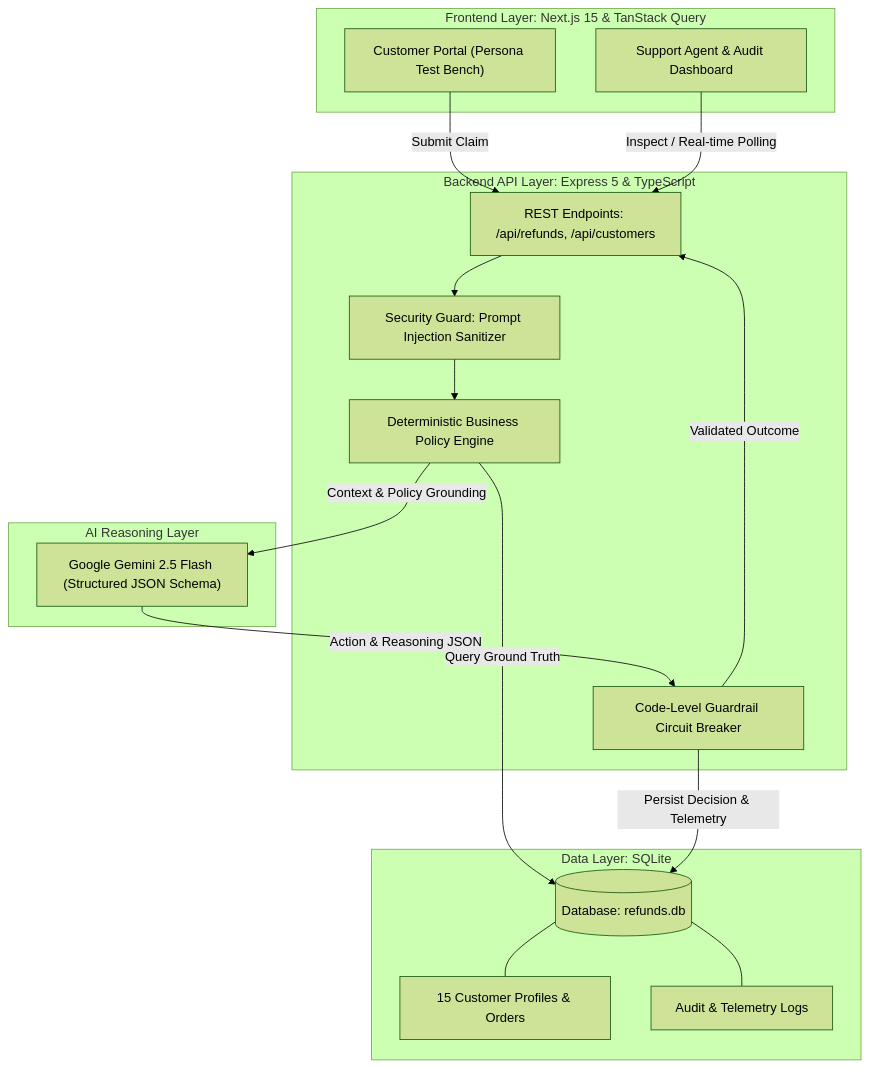
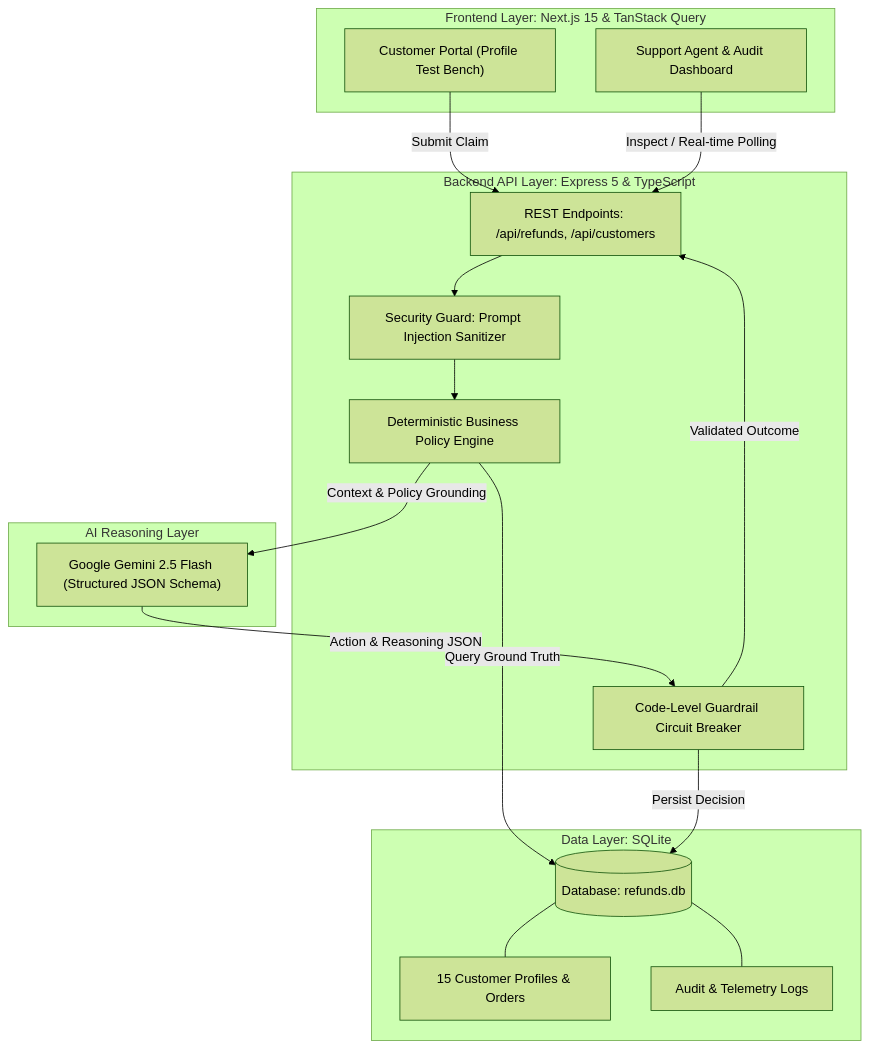
The diagram in README.md (kebleInsyt/ai_powered_customer_support_refund_system), drawn with Mermaid (forest theme) before and after one commit. The commit also changed other lines of this file, not shown here.

Commit message:
docs: refine README diagram labels and table alignments

````diff
--- a/README.md
+++ b/README.md
@@ -23,36 +23,36 @@
 ```mermaid
 flowchart TD
     subgraph Frontend ["Frontend Layer: Next.js 15 & TanStack Query"]
-        CP["Customer Portal (Persona Test Bench)"]
+        CP["Customer Portal (Profile Test Bench)"]
         AD["Support Agent & Audit Dashboard"]
     end
 
     subgraph Backend ["Backend API Layer: Express 5 & TypeScript"]
         API["REST Endpoints: /api/refunds, /api/customers"]
         SEC["Security Guard: Prompt Injection Sanitizer"]
         PE["Deterministic Business Policy Engine"]
         POST["Code-Level Guardrail Circuit Breaker"]
     end
 
     subgraph AI ["AI Reasoning Layer"]
         LLM["Google Gemini 2.5 Flash (Structured JSON Schema)"]
     end
 
     subgraph Data ["Data Layer: SQLite"]
         DB[("Database: refunds.db")]
         SEED["15 Customer Profiles & Orders"]
         LOGS["Audit & Telemetry Logs"]
     end
 
     CP -->|"Submit Claim"| API
     AD -->|"Inspect / Real-time Polling"| API
     API --> SEC
     SEC --> PE
     PE -->|"Query Ground Truth"| DB
     PE -->|"Context & Policy Grounding"| LLM
     LLM -->|"Action & Reasoning JSON"| POST
-    POST -->|"Persist Decision & Telemetry"| DB
+    POST -->|"Persist Decision"| DB
     POST -->|"Validated Outcome"| API
     DB --- SEED
     DB --- LOGS
 ```
````
